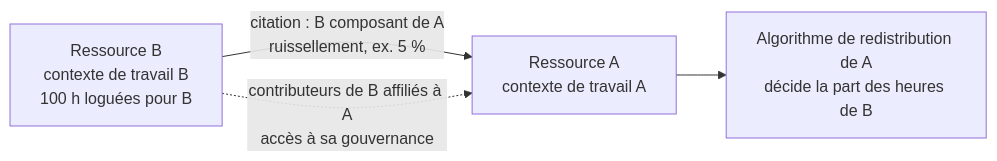
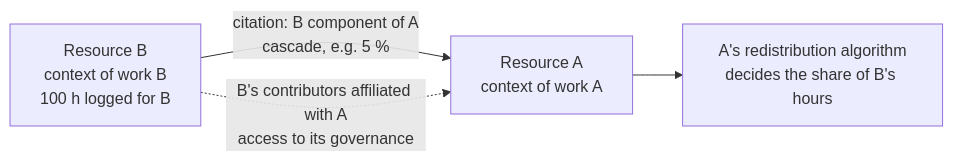
The fifth of 5 diagrams in content/meetings/2026-10-20-lab.md (Sensorica/nondominium-design-system), drawn with Mermaid before and after one commit. The commit also changed other lines of this file and 14 other files, not shown here.

````diff
--- a/content/meetings/2026-10-20-lab.md
+++ b/content/meetings/2026-10-20-lab.md
@@ -126,7 +127,7 @@
 ```mermaid
-%% caption: La citation : A cite B comme composant, hérite des contributions de B au taux de ruissellement, et redistribue selon son propre algorithme
+%% caption: Citation: A cites B as a component, inherits B's contributions at the cascade rate, and redistributes by its own algorithm
 flowchart LR
-  B["Ressource B<br/>contexte de travail B<br/>100 h loguées pour B"] -- "citation : B composant de A<br/>ruissellement, ex. 5 %" --> A["Ressource A<br/>contexte de travail A"]
-  A --> R["Algorithme de redistribution de A<br/>décide la part des heures de B"]
-  B -. "contributeurs de B affiliés à A<br/>accès à sa gouvernance" .-> A
+  B["Resource B<br/>context of work B<br/>100 h logged for B"] -- "citation: B component of A<br/>cascade, e.g. 5 %" --> A["Resource A<br/>context of work A"]
+  A --> R["A's redistribution algorithm<br/>decides the share of B's hours"]
+  B -. "B's contributors affiliated with A<br/>access to its governance" .-> A
 ```
````
